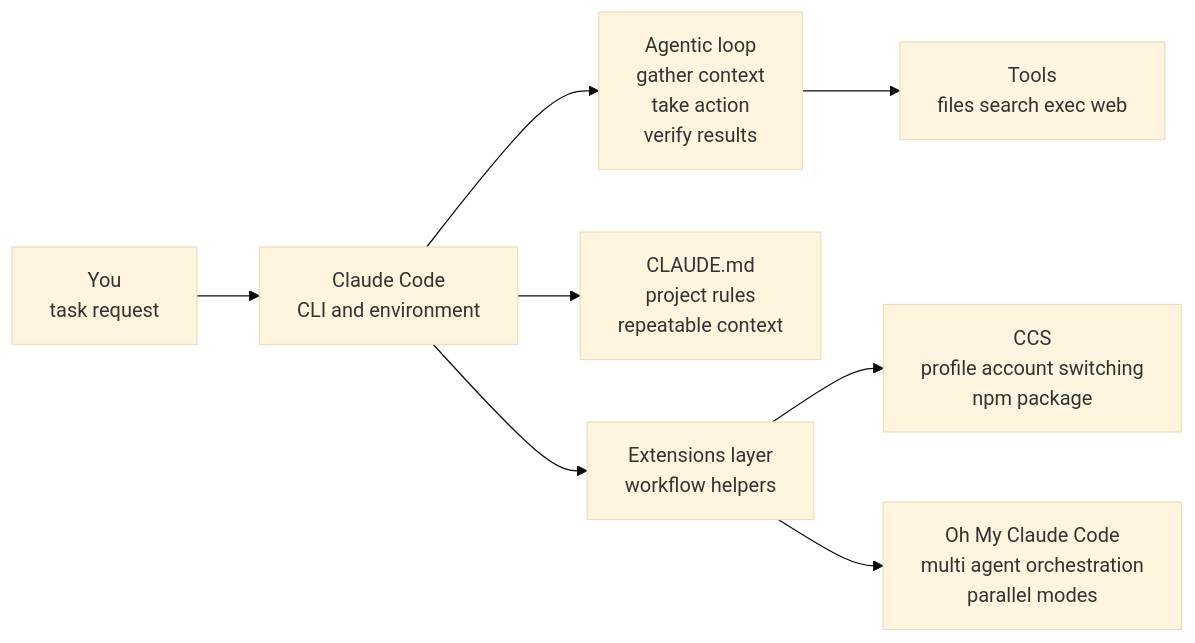
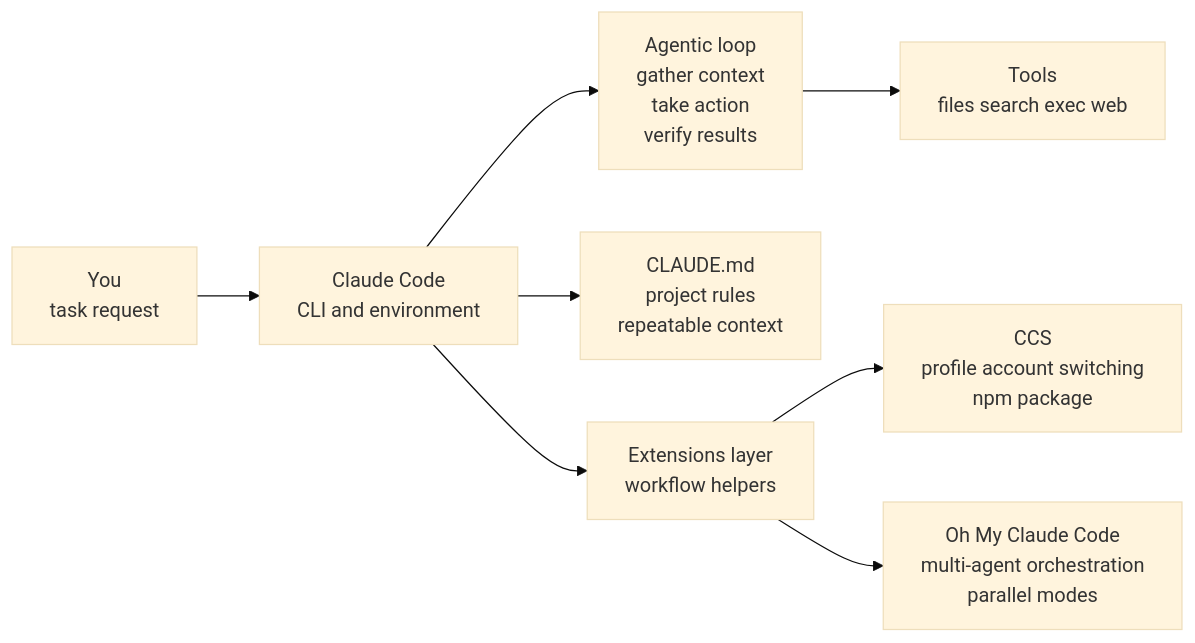
One commit to fundacionctic/ai-coding-tools-course changed the fourth of 5 diagrams in tools-workflows/README.md. Above: the diagram before and after it, drawn with Mermaid (base theme). The commit also changed other lines of this file, not shown here.

````diff
--- a/tools-workflows/README.md
+++ b/tools-workflows/README.md
@@ -91,10 +213,10 @@
 ```mermaid
 flowchart LR
   U[You<br>task request] --> CC[Claude Code<br>CLI and environment]
   CC --> LOOP[Agentic loop<br>gather context<br>take action<br>verify results]
   LOOP --> TOOLS[Tools<br>files search exec web]
   CC --> GUIDE[CLAUDE.md<br>project rules<br>repeatable context]
   CC --> EXT[Extensions layer<br>workflow helpers]
   EXT --> CCS[CCS<br>profile account switching<br>npm package]
-  EXT --> OMC[Oh My Claude Code<br>multi agent orchestration<br>parallel modes]
+  EXT --> OMC[Oh My Claude Code<br>multi-agent orchestration<br>parallel modes]
 ```
````
